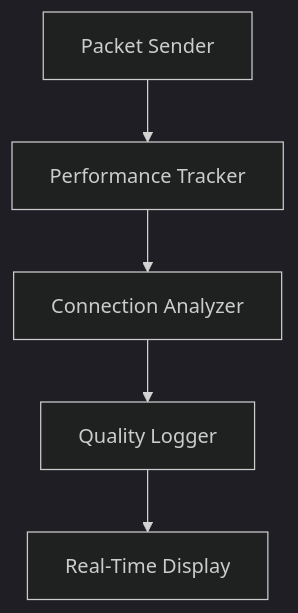
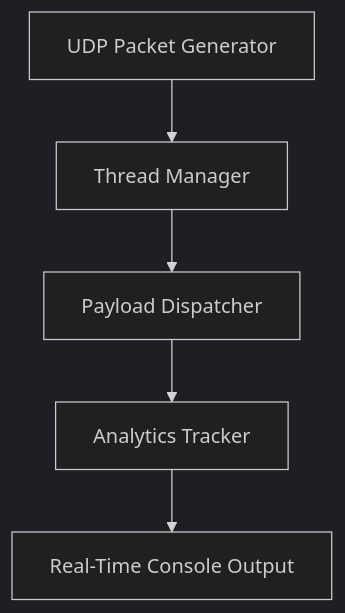
The diagram in README.md (zar7real/seather), drawn with Mermaid (dark theme) before and after one commit. The commit also changed other lines of this file, not shown here.

````diff
--- a/README.md
+++ b/README.md
@@ -96,7 +127,7 @@
 ```mermaid
 graph TD
-    A[Packet Sender] --> B[Performance Tracker]
-    B --> C[Connection Analyzer]
-    C --> D[Quality Logger]
-    D --> E[Real-Time Display]
+    A[UDP Packet Generator] --> B[Thread Manager]
+    B --> C[Payload Dispatcher]
+    C --> D[Analytics Tracker]
+    D --> E[Real-Time Console Output]
 ```
````
